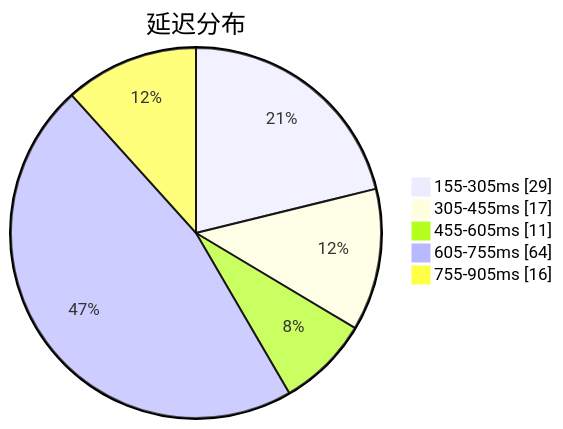
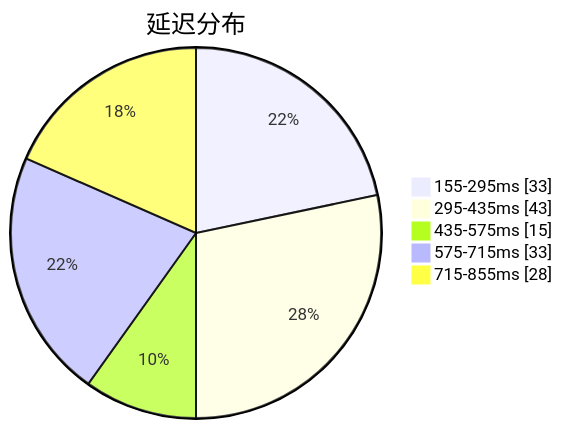
The first of 3 diagrams in subs/statistics/tested_within.md (qjlxg/airport), drawn with Mermaid before and after one commit. The commit also changed other lines of this file and 2 other files, not shown here.

Commit message:
Tested by metaST

````diff
--- a/subs/statistics/tested_within.md
+++ b/subs/statistics/tested_within.md
@@ -2,9 +2,9 @@
 ```mermaid
 pie showData
 title 延迟分布
-"155-305ms" : 29
-"305-455ms" : 17
-"455-605ms" : 11
-"605-755ms" : 64
-"755-905ms" : 16
+"155-295ms" : 33
+"295-435ms" : 43
+"435-575ms" : 15
+"575-715ms" : 33
+"715-855ms" : 28
 ```
````
